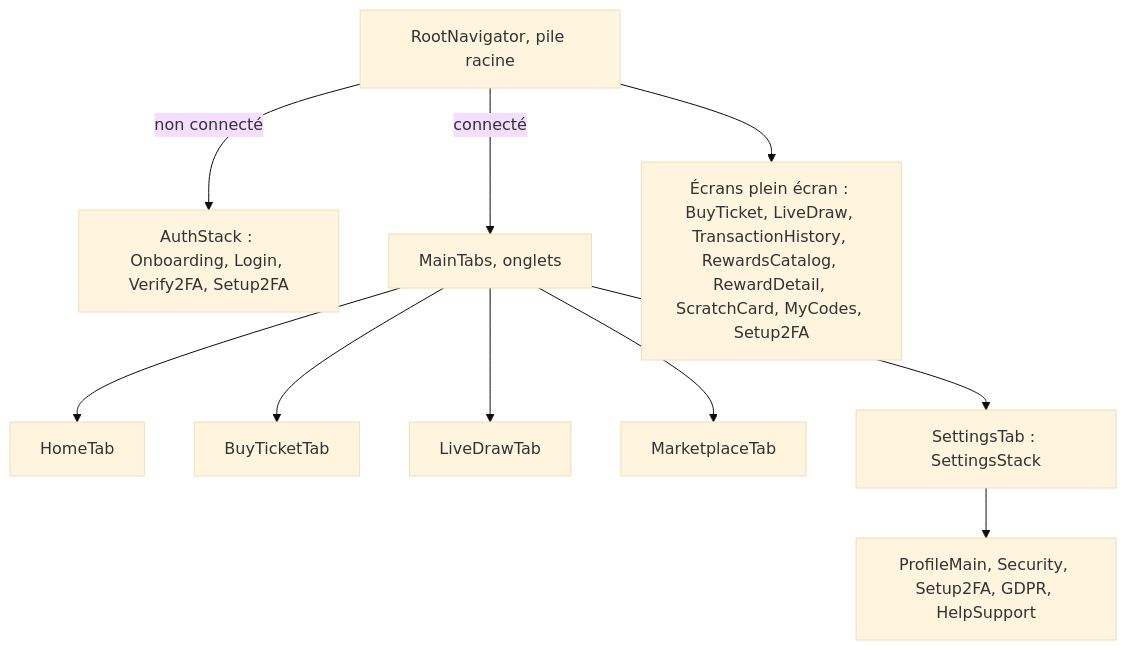
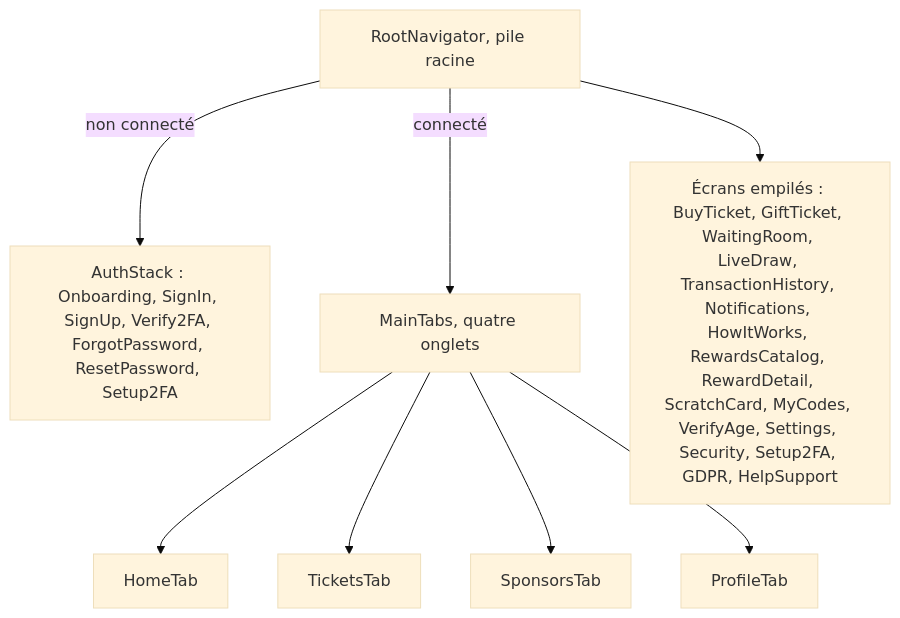
Before and after one commit to MarceauTDML/BlockLucky: the diagram in documentation-officielle/content/guides/ajouter-ecran-mobile.md, drawn with Mermaid (base theme). The commit also changed other lines of this file and 211 other files, not shown here.

````diff
--- a/documentation-officielle/content/guides/ajouter-ecran-mobile.md
+++ b/documentation-officielle/content/guides/ajouter-ecran-mobile.md
@@ -20,12 +20,10 @@
 ```mermaid
 flowchart TD
-    R["RootNavigator, pile racine"] -->|"non connecté"| A["AuthStack : Onboarding, Login, Verify2FA, Setup2FA"]
-    R -->|"connecté"| M["MainTabs, onglets"]
-    R --> P["Écrans plein écran : BuyTicket, LiveDraw, TransactionHistory, RewardsCatalog, RewardDetail, ScratchCard, MyCodes, Setup2FA"]
+    R["RootNavigator, pile racine"] -->|"non connecté"| A["AuthStack : Onboarding, SignIn, SignUp, Verify2FA, ForgotPassword, ResetPassword, Setup2FA"]
+    R -->|"connecté"| M["MainTabs, quatre onglets"]
+    R --> P["Écrans empilés : BuyTicket, GiftTicket, WaitingRoom, LiveDraw, TransactionHistory, Notifications, HowItWorks, RewardsCatalog, RewardDetail, ScratchCard, MyCodes, VerifyAge, Settings, Security, Setup2FA, GDPR, HelpSupport"]
     M --> T1["HomeTab"]
-    M --> T2["BuyTicketTab"]
-    M --> T3["LiveDrawTab"]
-    M --> T4["MarketplaceTab"]
-    M --> T5["SettingsTab : SettingsStack"]
-    T5 --> S["ProfileMain, Security, Setup2FA, GDPR, HelpSupport"]
+    M --> T2["TicketsTab"]
+    M --> T3["SponsorsTab"]
+    M --> T4["ProfileTab"]
 ```
````
